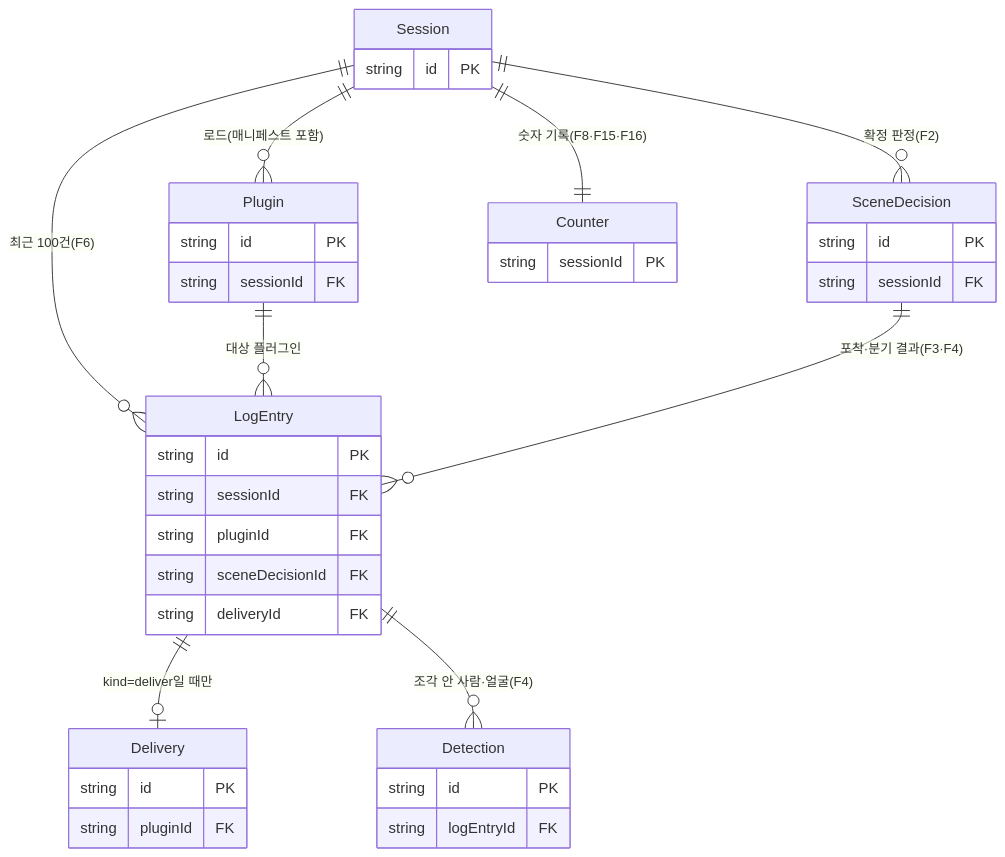
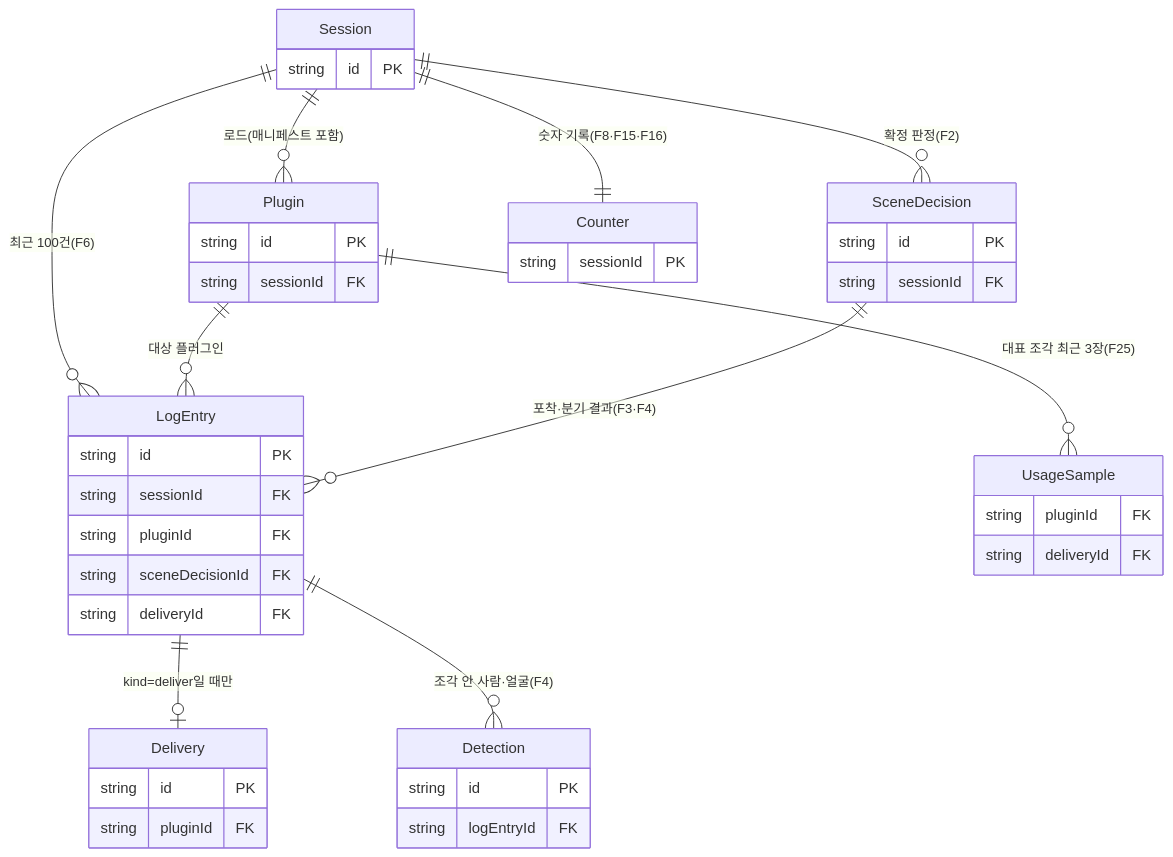
The diagram in docs/specs/04-ERD.md (01Sdev/CoI_hackathon), drawn with Mermaid before and after one commit. The commit also changed other lines of this file and 3 other files, not shown here.

````diff
--- a/docs/specs/04-ERD.md
+++ b/docs/specs/04-ERD.md
@@ -19,41 +19,46 @@
 ```mermaid
 erDiagram
     Session ||--o{ Plugin : "로드(매니페스트 포함)"
     Session ||--o{ SceneDecision : "확정 판정(F2)"
     Session ||--|| Counter : "숫자 기록(F8·F15·F16)"
     Session ||--o{ LogEntry : "최근 100건(F6)"
     Plugin ||--o{ LogEntry : "대상 플러그인"
     SceneDecision ||--o{ LogEntry : "포착·분기 결과(F3·F4)"
     LogEntry ||--o| Delivery : "kind=deliver일 때만"
     LogEntry ||--o{ Detection : "조각 안 사람·얼굴(F4)"
+    Plugin ||--o{ UsageSample : "대표 조각 최근 3장(F25)"
 
     Session {
         string id PK
     }
     Plugin {
         string id PK
         string sessionId FK
     }
     SceneDecision {
         string id PK
         string sessionId FK
     }
     LogEntry {
         string id PK
         string sessionId FK
         string pluginId FK
         string sceneDecisionId FK
         string deliveryId FK
     }
     Delivery {
         string id PK
         string pluginId FK
     }
     Detection {
         string id PK
         string logEntryId FK
     }
     Counter {
         string sessionId PK
     }
+    UsageSample {
+        string pluginId FK
+        string deliveryId FK
+    }
 ```
````
